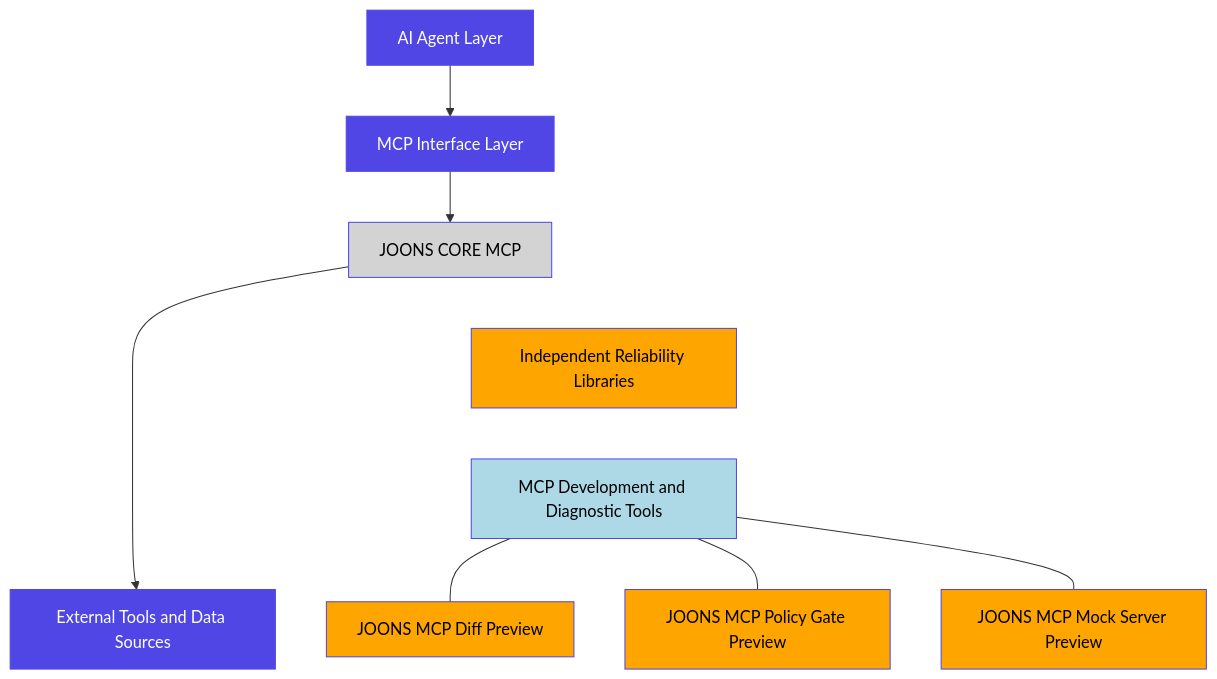
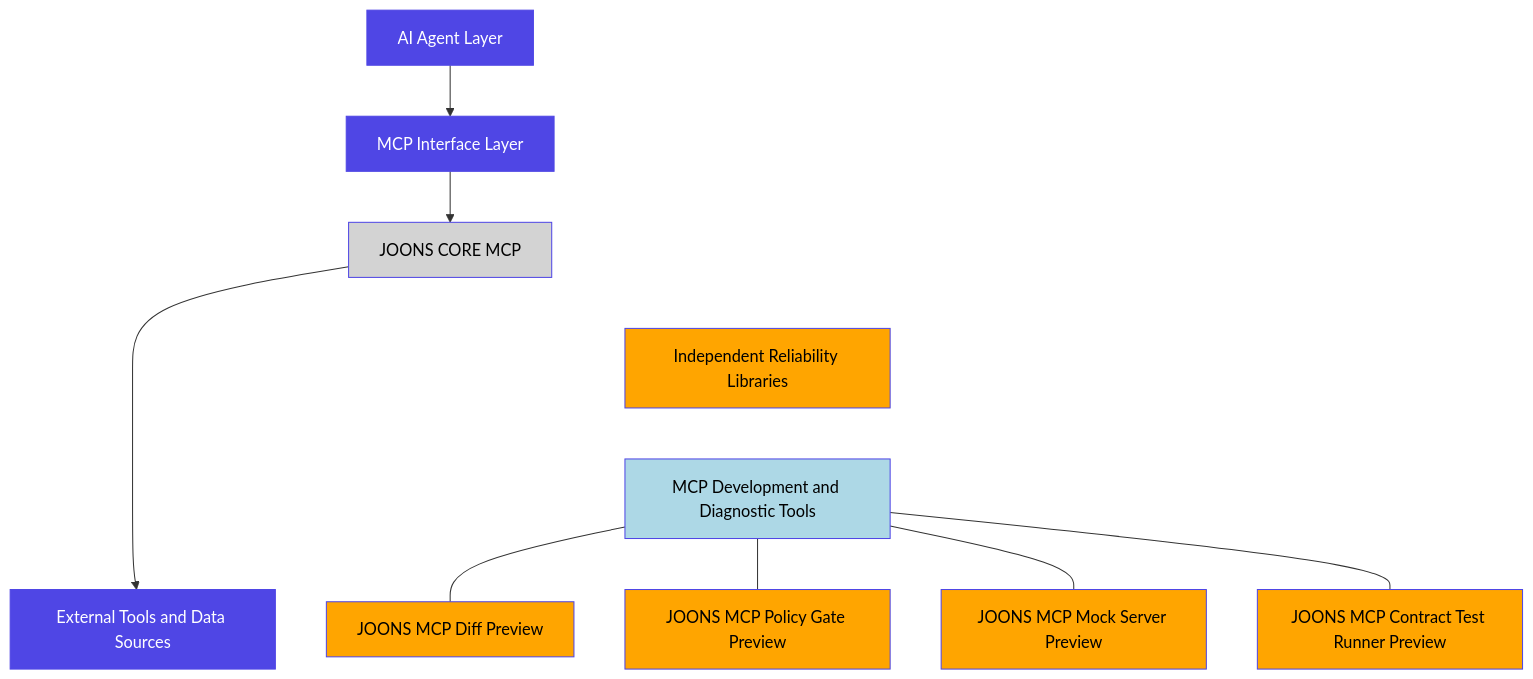
The first of 3 diagrams in docs/ARCHITECTURE.md (dbdefault/joons-ecosystem), drawn with Mermaid before and after one commit. The commit also changed other lines of this file and 6 other files, not shown here.

Commit message:
Docs: add JOONS MCP Contract Test Runner v0.1.0 Preview

````diff
--- a/docs/ARCHITECTURE.md
+++ b/docs/ARCHITECTURE.md
@@ -14,28 +14,30 @@
 ```mermaid
 flowchart TD
     A["AI Agent Layer"]
     B["MCP Interface Layer"]
     C["JOONS CORE MCP"]
     D["Independent Reliability Libraries"]
     E["MCP Development and Diagnostic Tools"]
     Diff["JOONS MCP Diff Preview"]
     PolicyGate["JOONS MCP Policy Gate Preview"]
     MockServer["JOONS MCP Mock Server Preview"]
+    ContractRunner["JOONS MCP Contract Test Runner Preview"]
     F["External Tools and Data Sources"]
     A --> B --> C --> F
     D ~~~ E
     C ~~~ D
     E ~~~ F
     E --- Diff
     E --- PolicyGate
     E --- MockServer
+    E --- ContractRunner
     classDef interface fill:#4F46E5,stroke:#4F46E5,color:#fff
     classDef private fill:#d3d3d3,stroke:#4F46E5,color:#000
     classDef preview fill:#ffa500,stroke:#4F46E5,color:#000
     classDef mixed fill:#add8e6,stroke:#4F46E5,color:#000
     class A,B,F interface
     class C private
     class D preview
     class E mixed
-    class Diff,PolicyGate,MockServer preview
+    class Diff,PolicyGate,MockServer,ContractRunner preview
 ```
````
